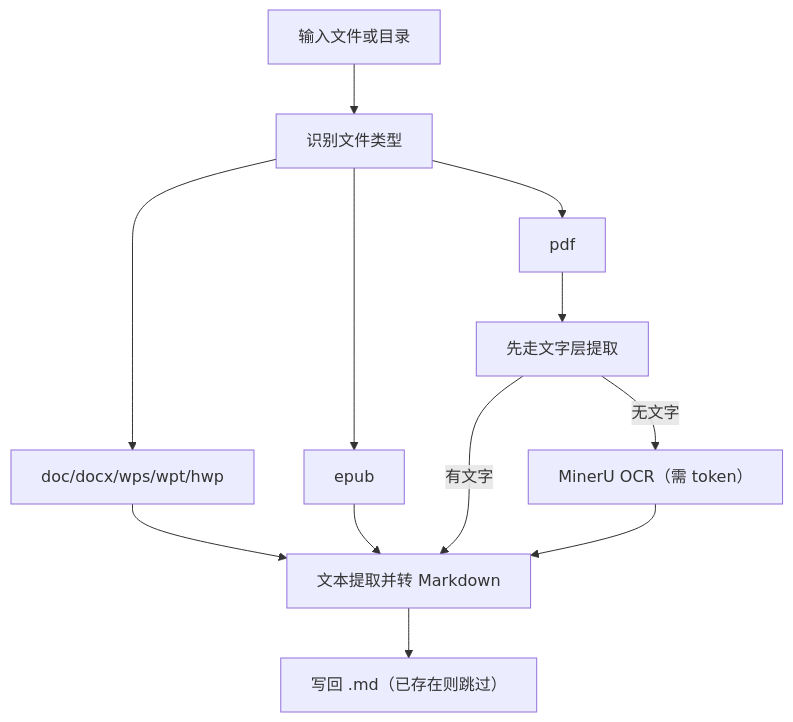
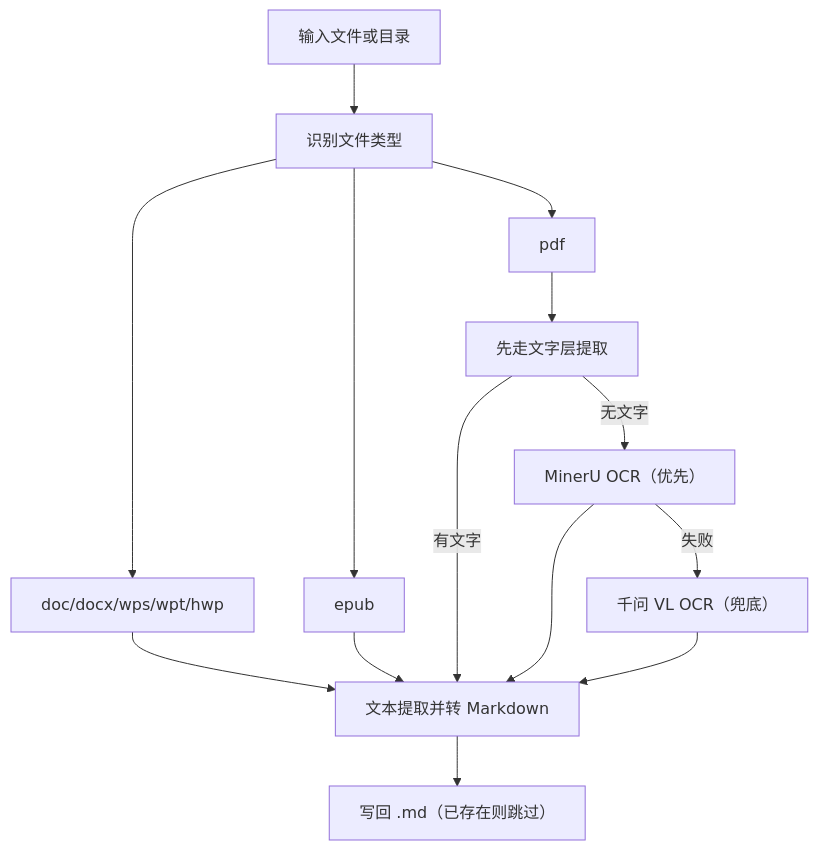
One commit to xuezhihaoyun/convert-mixed-to-md changed the diagram in README.md. Above: the diagram before and after it, drawn with Mermaid. The commit also changed other lines of this file and 10 other files, not shown here.

````diff
--- a/README.md
+++ b/README.md
@@ -45,14 +45,16 @@
 ```mermaid
 flowchart TD
     A["输入文件或目录"] --> B["识别文件类型"]
     B --> C["doc/docx/wps/wpt/hwp"]
     B --> D["pdf"]
     B --> E["epub"]
     C --> F["文本提取并转 Markdown"]
     E --> F
     D --> G["先走文字层提取"]
     G -->|有文字| F
-    G -->|无文字| H["MinerU OCR（需 token）"]
+    G -->|无文字| H["MinerU OCR（优先）"]
+    H -->|失败| J["千问 VL OCR（兜底）"]
     H --> F
+    J --> F
     F --> I["写回 .md（已存在则跳过）"]
 ```
````
